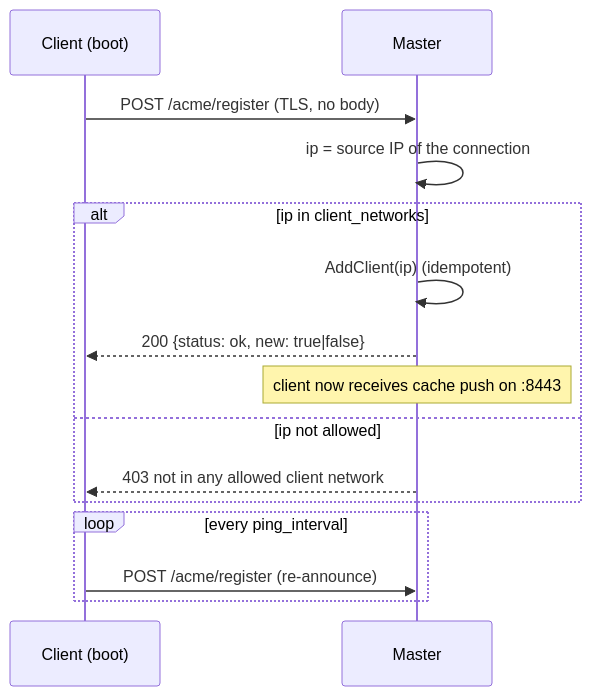
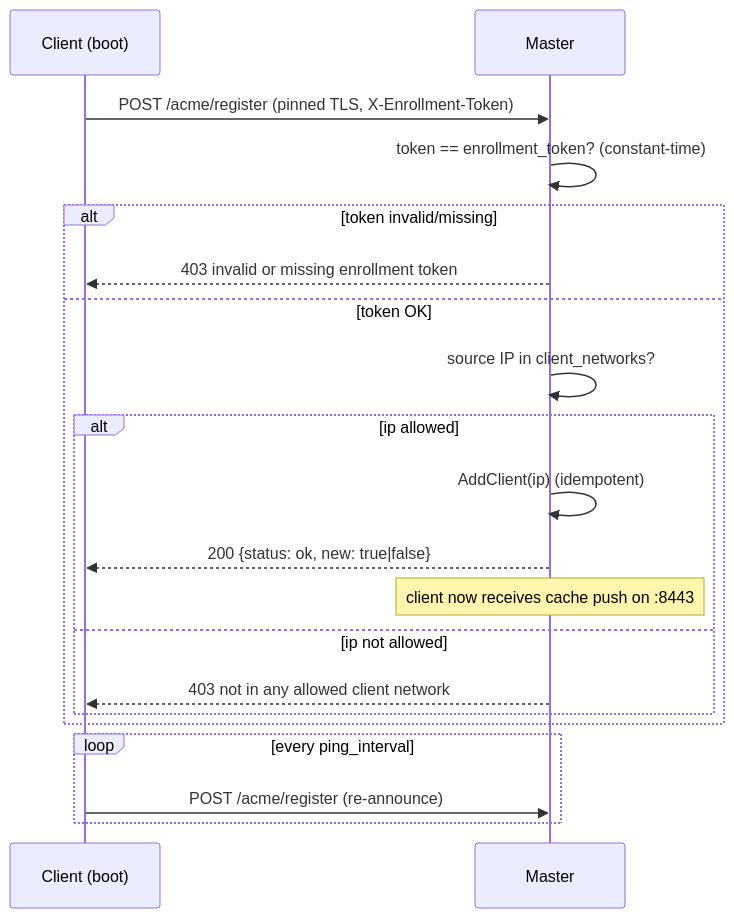
Before and after one commit to iskyneon/natssl: the second of 2 diagrams in README.md, drawn with Mermaid. The commit also changed other lines of this file and 9 other files, not shown here.

Commit message:
Added enrollment token and Root CA pinning 1.0.6

````diff
--- a/README.md
+++ b/README.md
@@ -155,19 +211,24 @@
 ```mermaid
 sequenceDiagram
     participant C as Client (boot)
     participant M as Master
 
-    C->>M: POST /acme/register   (TLS, no body)
-    M->>M: ip = source IP of the connection
-    alt ip in client_networks
-        M->>M: AddClient(ip)  (idempotent)
-        M-->>C: 200 {status: ok, new: true|false}
-        Note over M: client now receives cache push on :8443
-    else ip not allowed
-        M-->>C: 403 not in any allowed client network
+    C->>M: POST /acme/register (pinned TLS, X-Enrollment-Token)
+    M->>M: token == enrollment_token? (constant-time)
+    alt token invalid/missing
+        M-->>C: 403 invalid or missing enrollment token
+    else token OK
+        M->>M: source IP in client_networks?
+        alt ip allowed
+            M->>M: AddClient(ip) (idempotent)
+            M-->>C: 200 {status: ok, new: true|false}
+            Note over M: client now receives cache push on :8443
+        else ip not allowed
+            M-->>C: 403 not in any allowed client network
+        end
     end
 
     loop every ping_interval
-        C->>M: POST /acme/register  (re-announce)
+        C->>M: POST /acme/register (re-announce)
     end
 ```
````
